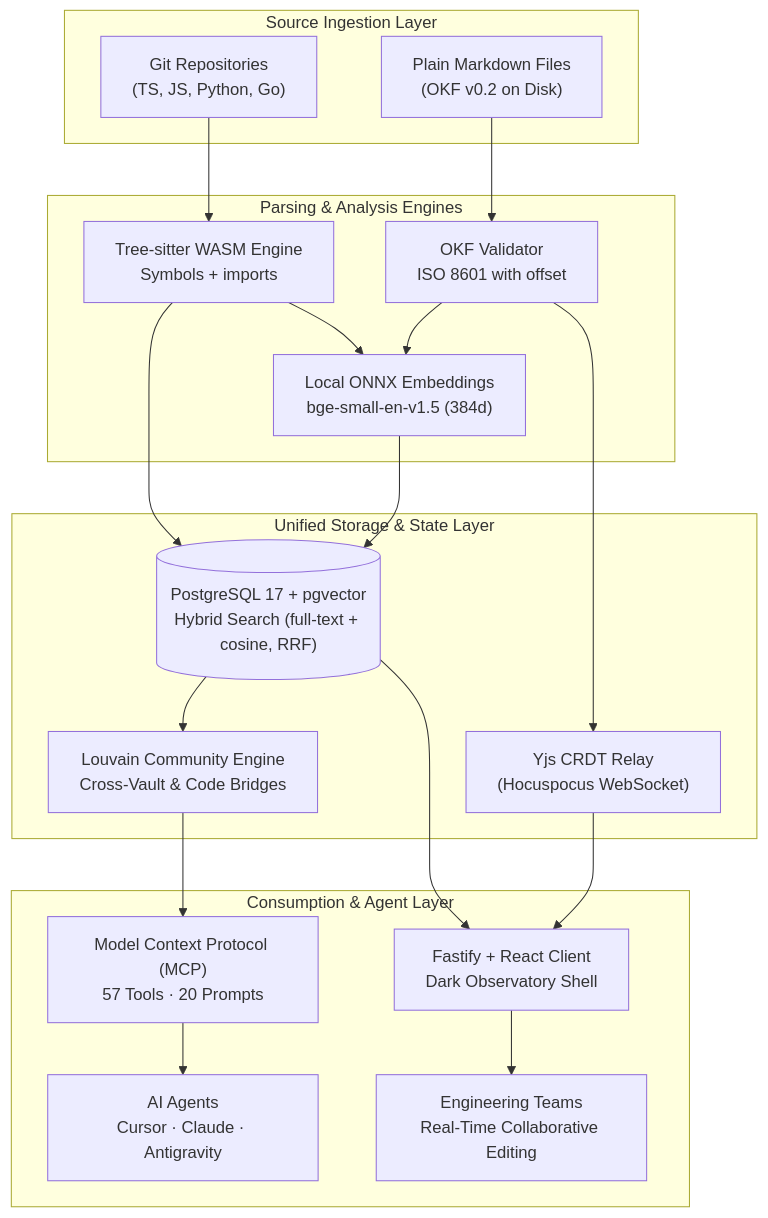
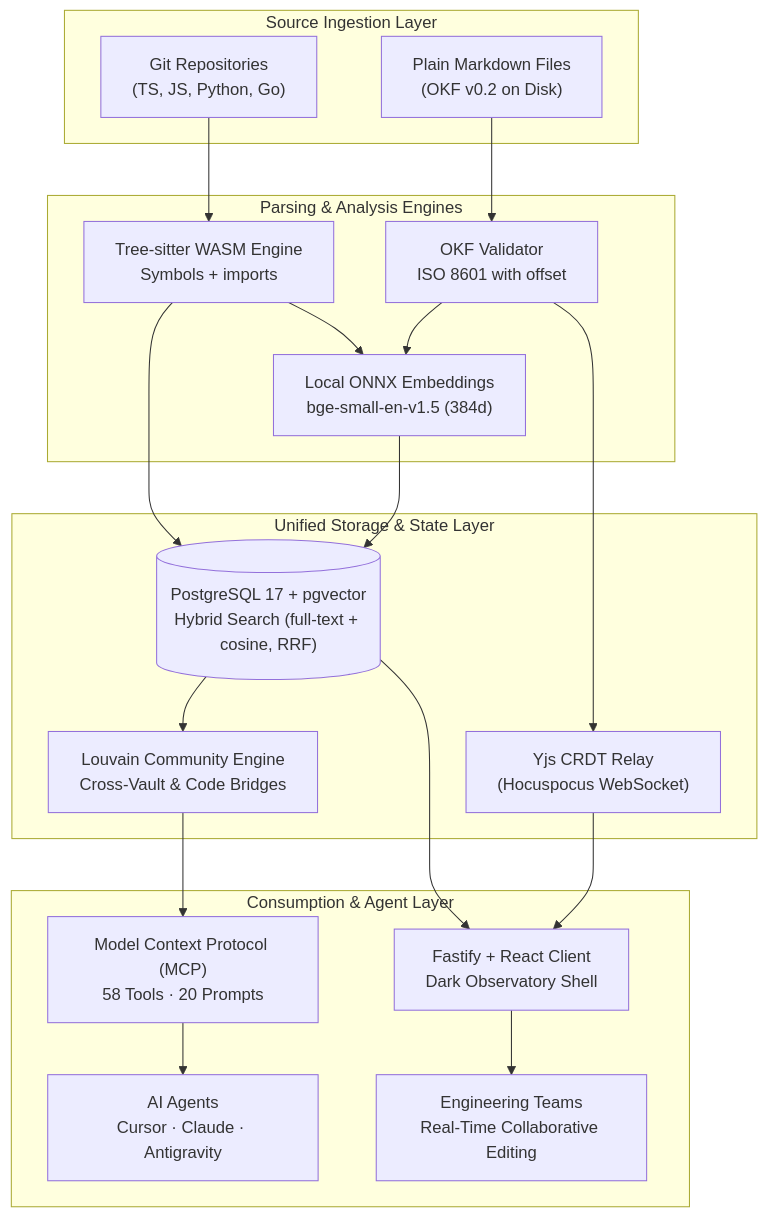
The diagram in README.md (PIIIX-org/chapters), drawn with Mermaid before and after one commit. The commit also changed other lines of this file and 27 other files, not shown here.

````diff
--- a/README.md
+++ b/README.md
@@ -57,40 +57,40 @@
 ```mermaid
 flowchart TD
   subgraph Ingestion ["Source Ingestion Layer"]
     MD["Plain Markdown Files\n(OKF v0.2 on Disk)"]
     GIT["Git Repositories\n(TS, JS, Python, Go)"]
   end
 
   subgraph Processing ["Parsing & Analysis Engines"]
     OKF_P["OKF Validator\nISO 8601 with offset"]
     TS_P["Tree-sitter WASM Engine\nSymbols + imports"]
     EMB["Local ONNX Embeddings\nbge-small-en-v1.5 (384d)"]
   end
 
   subgraph Storage ["Unified Storage & State Layer"]
     PG[("PostgreSQL 17 + pgvector\nHybrid Search (full-text + cosine, RRF)")]
     YJS["Yjs CRDT Relay\n(Hocuspocus WebSocket)"]
     LOUVAIN["Louvain Community Engine\nCross-Vault & Code Bridges"]
   end
 
   subgraph Consumers ["Consumption & Agent Layer"]
-    MCP["Model Context Protocol (MCP)\n57 Tools · 20 Prompts"]
+    MCP["Model Context Protocol (MCP)\n58 Tools · 20 Prompts"]
     UI["Fastify + React Client\nDark Observatory Shell"]
     AGENTS["AI Agents\nCursor · Claude · Antigravity"]
     HUMANS["Engineering Teams\nReal-Time Collaborative Editing"]
   end
 
   MD --> OKF_P
   GIT --> TS_P
   OKF_P --> EMB
   TS_P --> EMB
   OKF_P --> YJS
   EMB --> PG
   TS_P --> PG
   PG --> LOUVAIN
   LOUVAIN --> MCP
   YJS --> UI
   PG --> UI
   MCP --> AGENTS
   UI --> HUMANS
 ```
````
